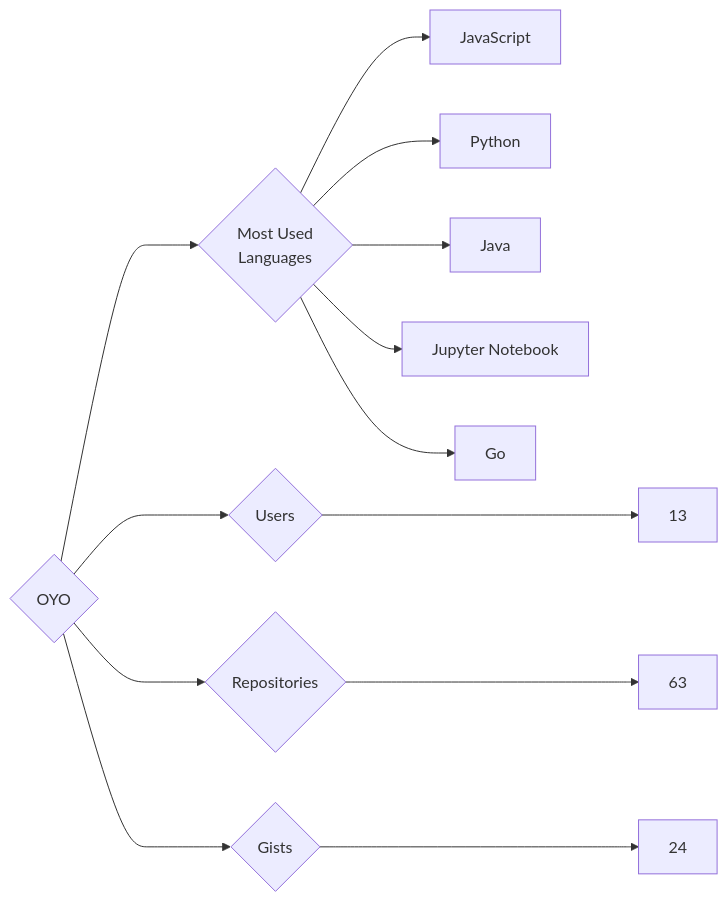
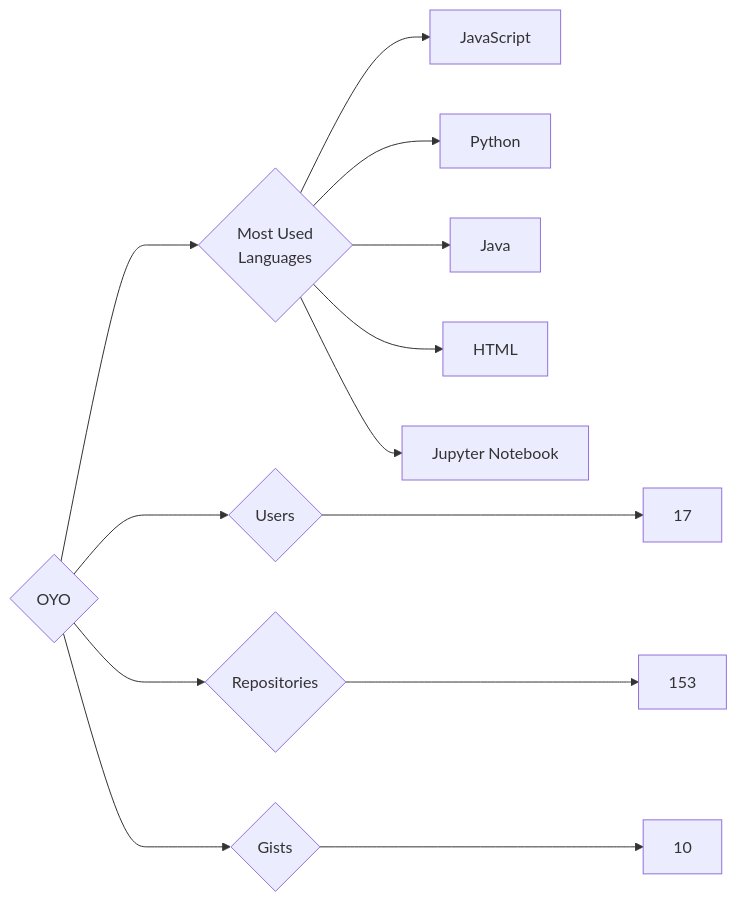
Before and after one commit to trickest/insiders: the diagram in targets/OYO/README.md, drawn with Mermaid. The commit also changed 964 other files, not shown here.

````diff
--- a/targets/OYO/README.md
+++ b/targets/OYO/README.md
@@ -3,13 +3,13 @@
 ```mermaid
 graph LR
 COMPANY_NAME{OYO}
-COMPANY_NAME ---> U{Users} ---> UN[13]
-COMPANY_NAME ---> R{Repositories} ---> RN[63]
-COMPANY_NAME ---> G{Gists} ---> GN[24]
+COMPANY_NAME ---> U{Users} ---> UN[17]
+COMPANY_NAME ---> R{Repositories} ---> RN[153]
+COMPANY_NAME ---> G{Gists} ---> GN[10]
 COMPANY_NAME ---> ML{Most Used<br>Languages}
 ML --> JavaScript[JavaScript]
 ML --> Python[Python]
 ML --> Java[Java]
+ML --> HTML[HTML]
 ML --> Jupyter_Notebook[Jupyter Notebook]
-ML --> Go[Go]
 ```
````
